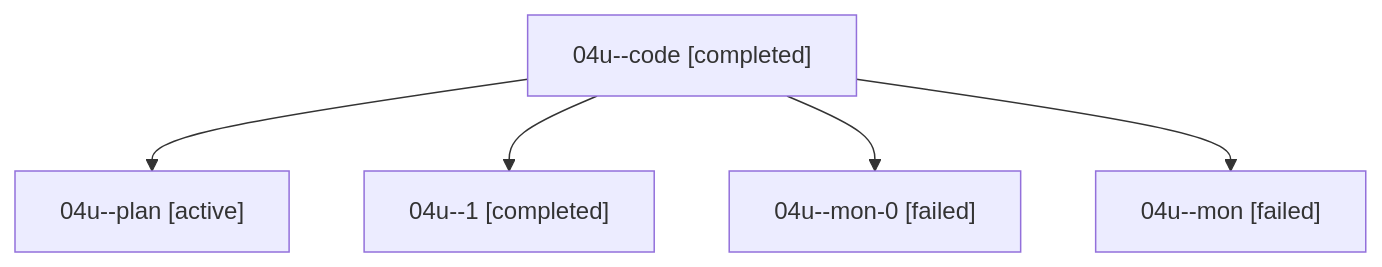
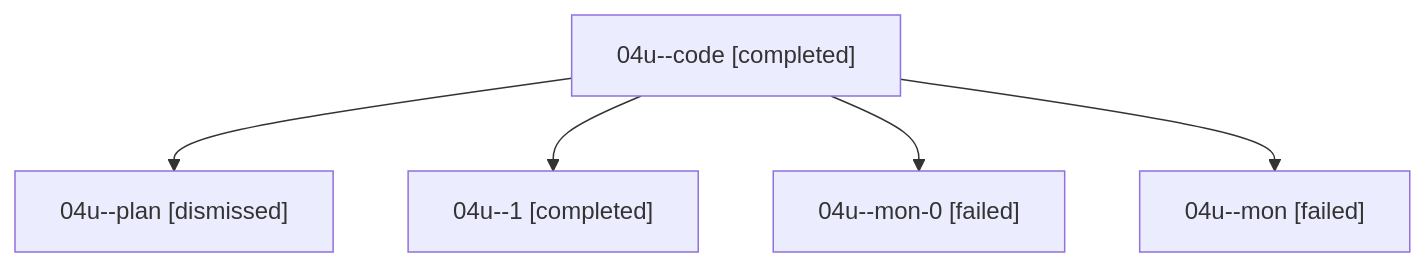
Before and after one commit to sase-org/sase--agents: the diagram in sessions/bbugyi200.athena.04u.md, drawn with Mermaid. The commit also changed other lines of this file and 30 other files, not shown here.

````diff
--- a/sessions/bbugyi200.athena.04u.md
+++ b/sessions/bbugyi200.athena.04u.md
@@ -9,12 +9,12 @@
 ```mermaid
 flowchart TD
   n0["04u--code [completed]"]
-  n1["04u--plan [active]"]
+  n1["04u--plan [dismissed]"]
   n0 --> n1
   n2["04u--1 [completed]"]
   n0 --> n2
   n3["04u--mon-0 [failed]"]
   n0 --> n3
   n4["04u--mon [failed]"]
   n0 --> n4
 ```
````
